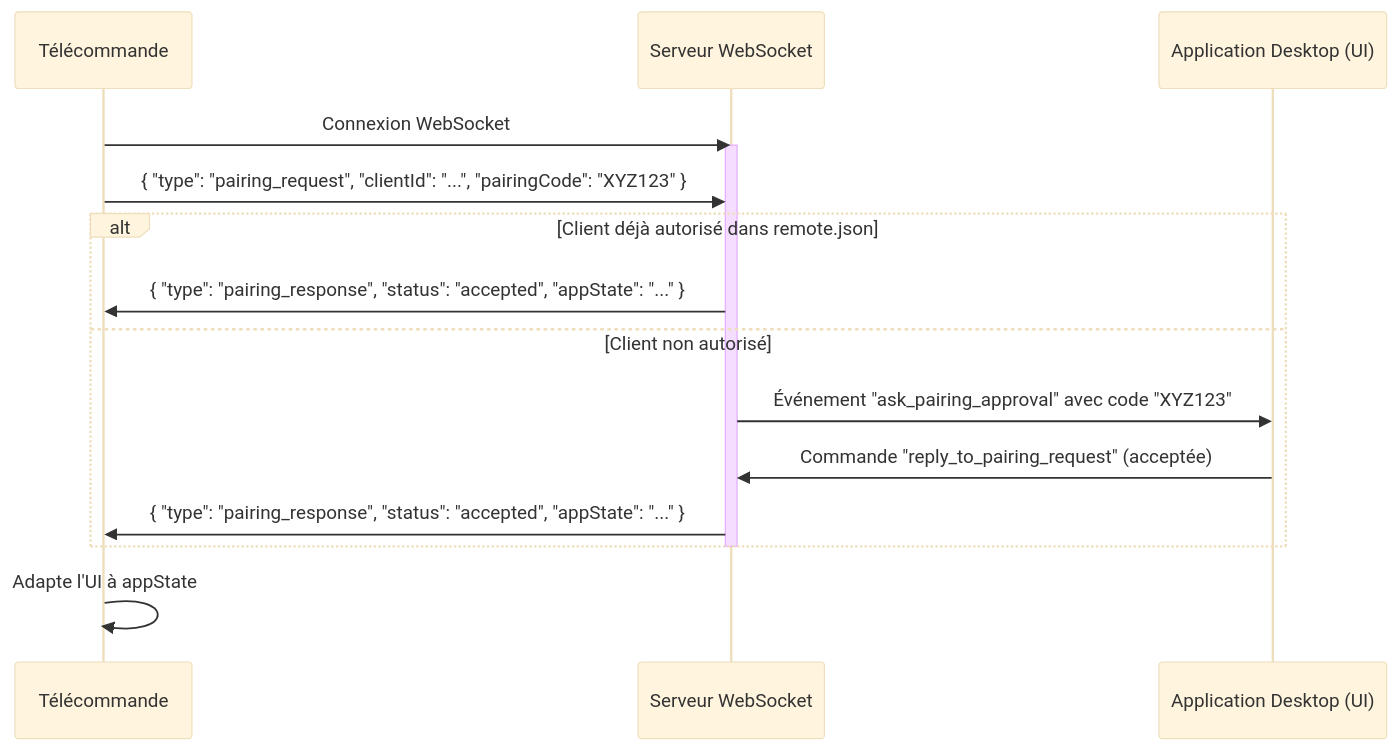
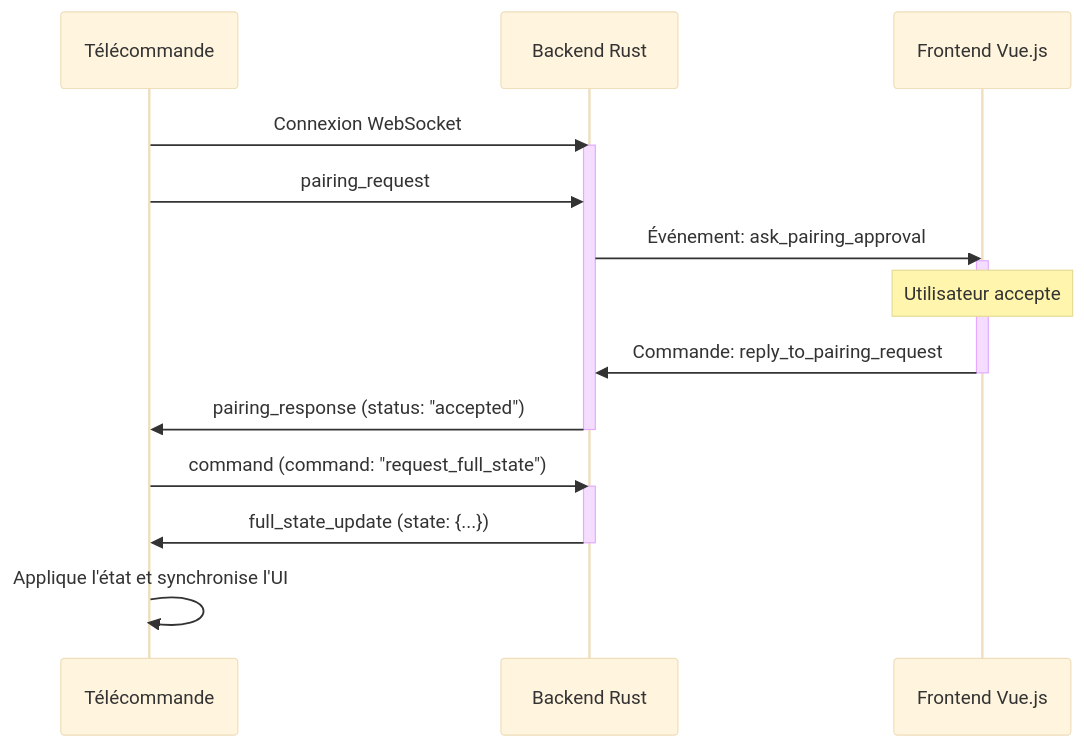
Before and after one commit to JMBaubet/VisuGPS: the first of 3 diagrams in documentation/remote_interface_spec.md, drawn with Mermaid (base theme). The commit also changed other lines of this file and 1 other file, not shown here.

First line of the commit message:
docs: Mise à jour détaillée de la documentation de la télécommande

````diff
--- a/documentation/remote_interface_spec.md
+++ b/documentation/remote_interface_spec.md
@@ -163,21 +148,23 @@
 ```mermaid
 sequenceDiagram
-    participant Client as Télécommande
-    participant Server as Serveur WebSocket
-    participant DesktopUI as Application Desktop (UI)
+    participant RC as Télécommande
+    participant Server as Backend Rust
+    participant DesktopUI as Frontend Vue.js
 
-    Client->>Server: Connexion WebSocket
+    RC->>Server: Connexion WebSocket
     activate Server
-    Client->>Server: { "type": "pairing_request", "clientId": "...", "pairingCode": "XYZ123" }
+    RC->>Server: pairing_request
+    Server->>DesktopUI: Événement: ask_pairing_approval
+    activate DesktopUI
+    Note over DesktopUI: Utilisateur accepte
+    DesktopUI->>Server: Commande: reply_to_pairing_request
+    deactivate DesktopUI
+    Server->>RC: pairing_response (status: "accepted")
+    deactivate Server
     
-    alt Client déjà autorisé dans remote.json
-        Server->>Client: { "type": "pairing_response", "status": "accepted", "appState": "..." }
-    else Client non autorisé
-        Server->>DesktopUI: Événement "ask_pairing_approval" avec code "XYZ123"
-        DesktopUI->>Server: Commande "reply_to_pairing_request" (acceptée)
-        Server->>Client: { "type": "pairing_response", "status": "accepted", "appState": "..." }
-    end
-
+    RC->>Server: command (command: "request_full_state")
+    activate Server
+    Server->>RC: full_state_update (state: {...})
     deactivate Server
-    Client->>Client: Adapte l'UI à appState
+    RC->>RC: Applique l'état et synchronise l'UI
 ```
````
